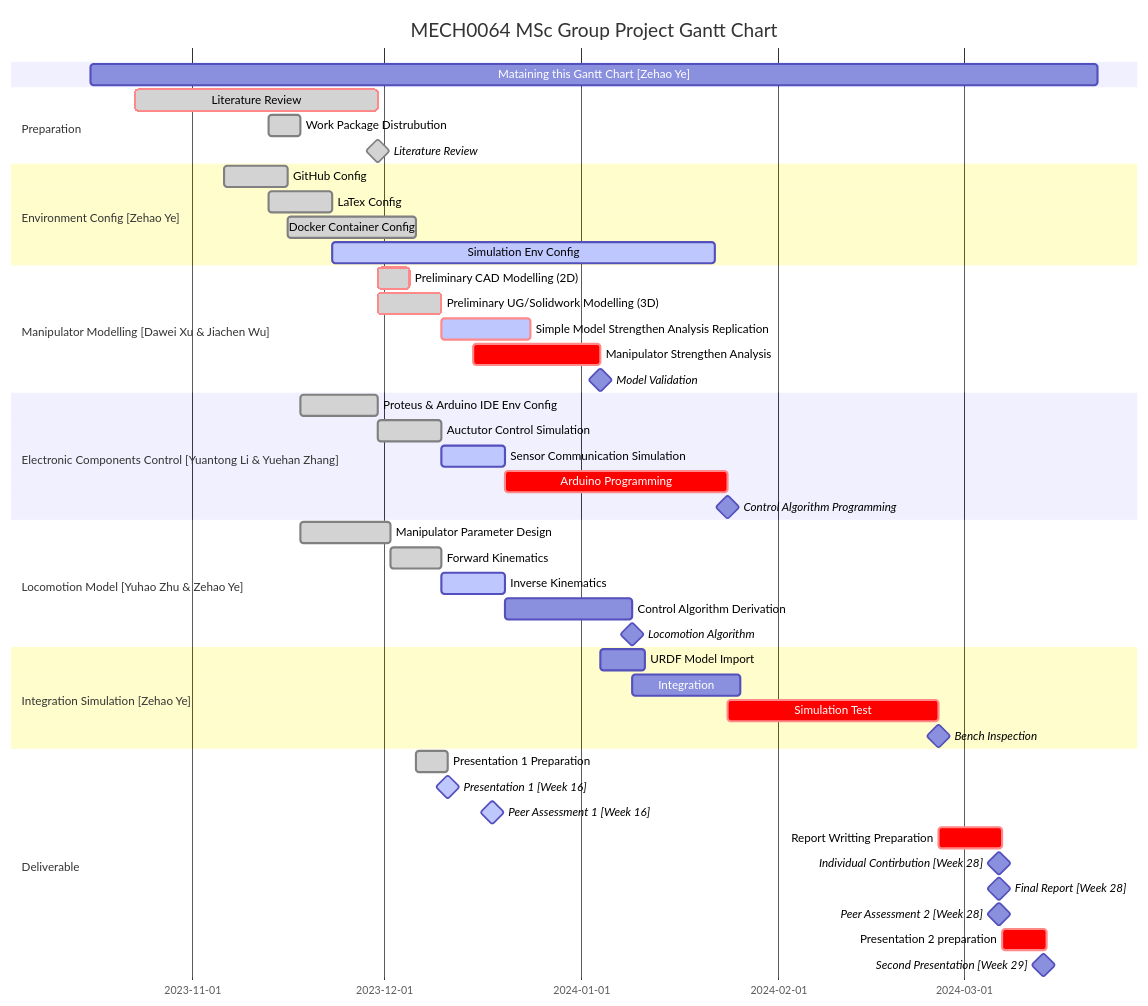
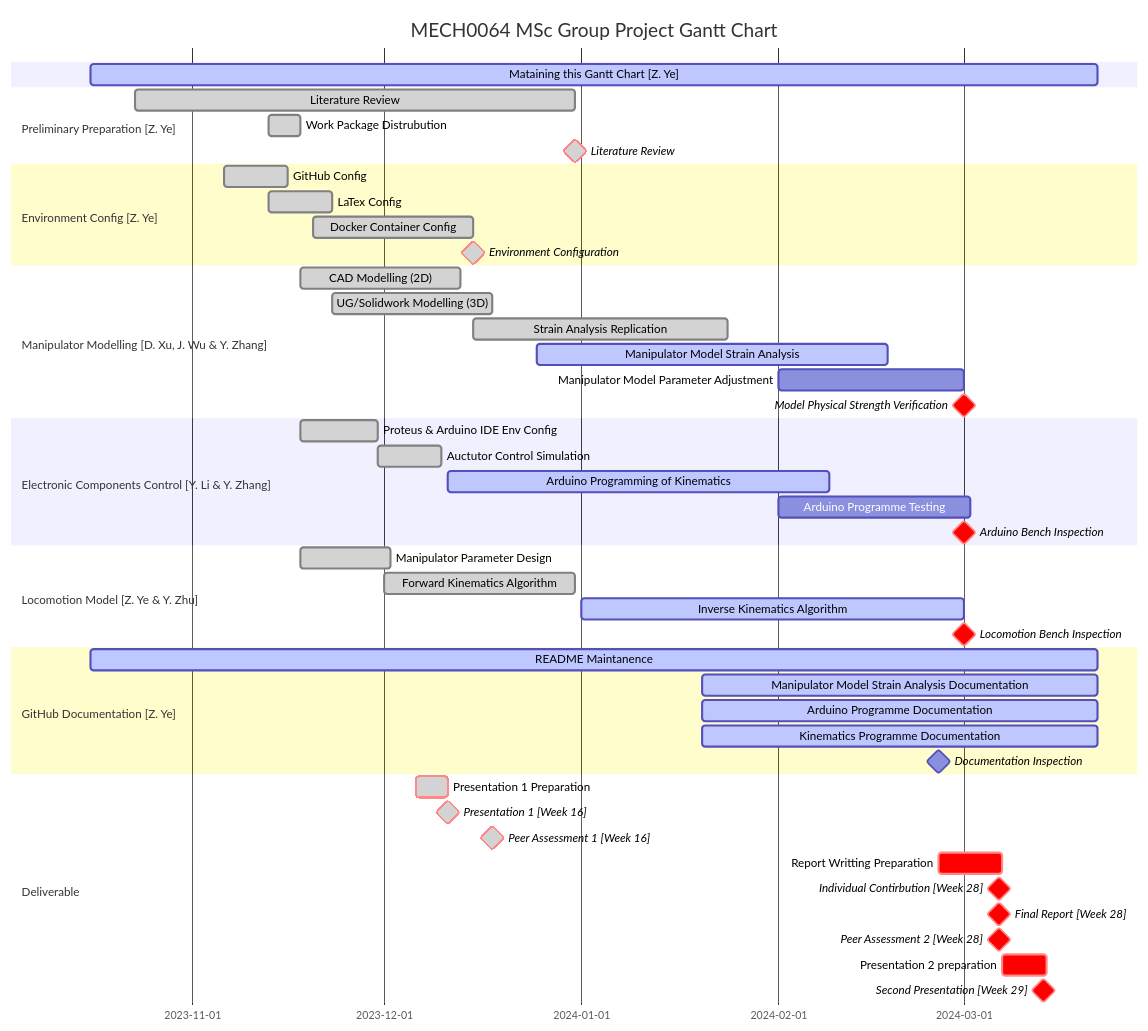
Before and after one commit to yezehao/Compact-Continuum-Manipulator-Platform: the first of 2 diagrams in README.md, drawn with Mermaid. The commit also changed other lines of this file, not shown here.

Commit message:
update the README file

````diff
--- a/README.md
+++ b/README.md
@@ -3,56 +3,57 @@
 ```mermaid
 gantt
     dateFormat  YYYY-MM-DD
     title MECH0064 MSc Group Project Gantt Chart
 
-    Mataining this Gantt Chart [Zehao Ye] : 2023-10-16, 2024-03-22
+    Mataining this Gantt Chart [Z. Ye] : active, 2023-10-16, 2024-03-22
 
-    section Preparation
-    Literature Review: crit, done, LR, 2023-10-23, 2023-11-30
-    Work Package Distrubution: done, WKD, 2023-11-13, 5d
-    Literature Review: milestone, done, after LR, 0d 
+    section Preliminary Preparation [Z. Ye]
+    Literature Review: done, 2023-10-23, 2023-12-31
+    Work Package Distrubution: done, 2023-11-13, 5d
+    Literature Review: milestone, crit, done, 2023-12-31, 0d 
 
-    section Environment Config [Zehao Ye]
-    GitHub Config: done, GC, 2023-11-6, 10d
-    LaTex Config: done, LC, 2023-11-13, 10d
-    Docker Container Config: done, DCC, after GC, 20d
-    Simulation Env Config: active, SEC, after LC, 60d
+    section Environment Config [Z. Ye]
+    GitHub Config: done, 2023-11-6, 10d
+    LaTex Config: done, 2023-11-13, 10d
+    Docker Container Config: done, 2023-11-20, 25d
+    Environment Configuration: milestone, done, crit, 2023-12-15, 0d 
 
-    section Manipulator Modelling [Dawei Xu & Jiachen Wu] 
-    Preliminary CAD Modelling (2D): done, crit, pre2D, after LR, 5d
-    Preliminary UG/Solidwork Modelling (3D): crit, done, pre3D, 2023-11-30, 10d
-    Simple Model Strengthen Analysis Replication: crit, active, after pre3D, 14d
-    Manipulator Strengthen Analysis: crit, SA, 2023-12-15, 20d
-    Model Validation: milestone, after SA, 0d 
+    section Manipulator Modelling [D. Xu, J. Wu & Y. Zhang] 
+    CAD Modelling (2D): done, 2023-11-18, 25d
+    UG/Solidwork Modelling (3D): done, 2023-11-23, 25d
+    Strain Analysis Replication: done, 2023-12-15, 40d
+    Manipulator Model Strain Analysis: active, 2023-12-25, 55d
+    Manipulator Model Parameter Adjustment: 2024-02-01, 2024-03-01
+    Model Physical Strength Verification: milestone, crit, 2024-03-01, 0d 
 
-    section Electronic Components Control [Yuantong Li & Yuehan Zhang]
-    Proteus & Arduino IDE Env Config: done, proteus, after WKD, 12d
-    Auctutor Control Simulation: done, motor, after proteus, 10d
-    Sensor Communication Simulation: active, sensor, after motor, 10d
-    Arduino Programming: crit, Arduino, after sensor, 35d
-   Control Algorithm Programming: milestone, after Arduino, 0d 
+    section Electronic Components Control [Y. Li & Y. Zhang]
+    Proteus & Arduino IDE Env Config: done, 2023-11-18, 12d
+    Auctutor Control Simulation: done, 2023-11-30, 10d
+    Arduino Programming of Kinematics: active, 2023-12-11, 60d
+    Arduino Programme Testing: 2024-02-01, 30d
+    Arduino Bench Inspection: milestone, crit, 2024-03-01, 0d 
 
-    section Locomotion Model [Yuhao Zhu & Zehao Ye]
-    Manipulator Parameter Design: done, MPD, after WKD, 14d
-    Forward Kinematics: done, FK, after MPD, 8d
-    Inverse Kinematics: active, IK, after FK, 10d
-    Control Algorithm Derivation: CA, after IK, 20d
-    Locomotion Algorithm: milestone, after CA, 0d 
+    section Locomotion Model [Z. Ye & Y. Zhu]
+    Manipulator Parameter Design: done, 2023-11-18, 14d
+    Forward Kinematics Algorithm: done, 2023-12-01, 30d
+    Inverse Kinematics Algorithm: active, 2024-01-01, 60d
+    Locomotion Bench Inspection: milestone, crit, 2024-03-01, 0d 
 
-    section Integration Simulation [Zehao Ye]
-    URDF Model Import: MI, after SA, 7d
-    Integration: after CA, 2024-01-26
-    Simulation Test: crit, after Arduino, 2024-02-26
-    Bench Inspection: milestone, 2024-02-26, 0d 
+    section GitHub Documentation [Z. Ye]
+    README Maintanence: active, 2023-10-16, 2024-03-22
+    Manipulator Model Strain Analysis Documentation: active, 2024-01-20, 2024-03-22
+    Arduino Programme Documentation: active, 2024-01-20, 2024-03-22
+    Kinematics Programme Documentation: active, 2024-01-20, 2024-03-22
+    Documentation Inspection: milestone, 2024-02-26, 0d 
 
     section Deliverable
-    Presentation 1 Preparation: done, 2023-12-06, 5d
-    Presentation 1 [Week 16]: milestone, active, 2023-12-11, 0d 
-    Peer Assessment 1 [Week 16]: milestone, active, 2023-12-18, 0d 
+    Presentation 1 Preparation: done, crit, 2023-12-06, 5d
+    Presentation 1 [Week 16]: milestone, done, crit, 2023-12-11, 0d 
+    Peer Assessment 1 [Week 16]: milestone, done, crit, 2023-12-18, 0d 
     Report Writting Preparation: crit, 2024-02-26, 10d 
-    Individual Contirbution [Week 28]: milestone, 2024-03-04, 5d 
-    Final Report [Week 28]: milestone, 2024-03-04, 5d 
-    Peer Assessment 2 [Week 28]: milestone, 2024-03-04, 5d
+    Individual Contirbution [Week 28]: milestone, crit, 2024-03-04, 5d 
+    Final Report [Week 28]: milestone, crit, 2024-03-04, 5d 
+    Peer Assessment 2 [Week 28]: milestone, crit, 2024-03-04, 5d
     Presentation 2 preparation: crit, 2024-03-07, 7d 
-    Second Presentation [Week 29]: milestone, 2024-03-11, 5d 
+    Second Presentation [Week 29]: milestone, crit, 2024-03-11, 5d 
 ```
````
